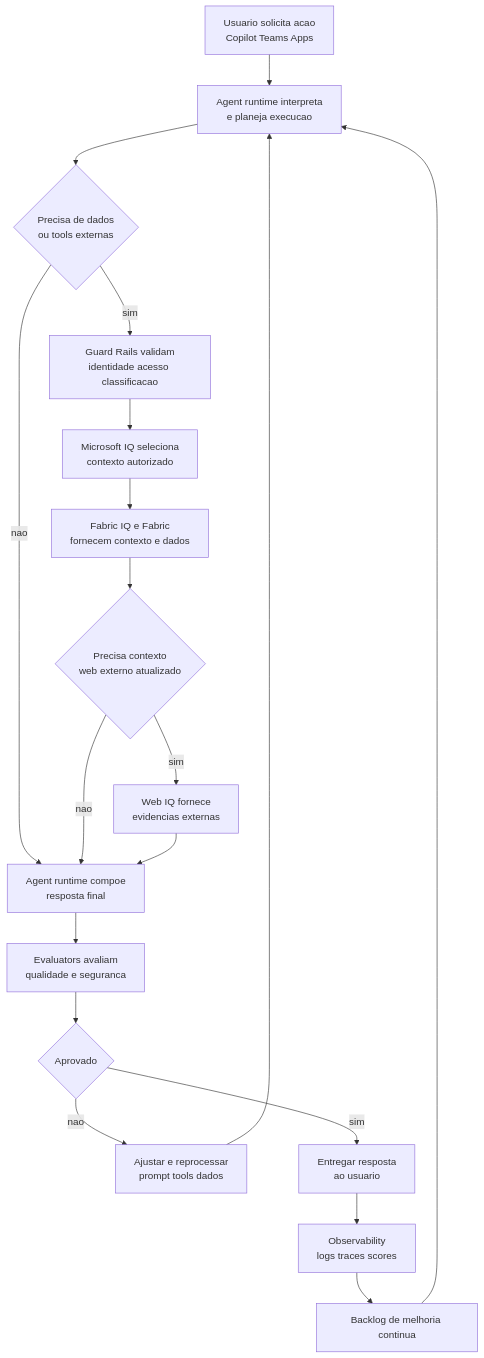
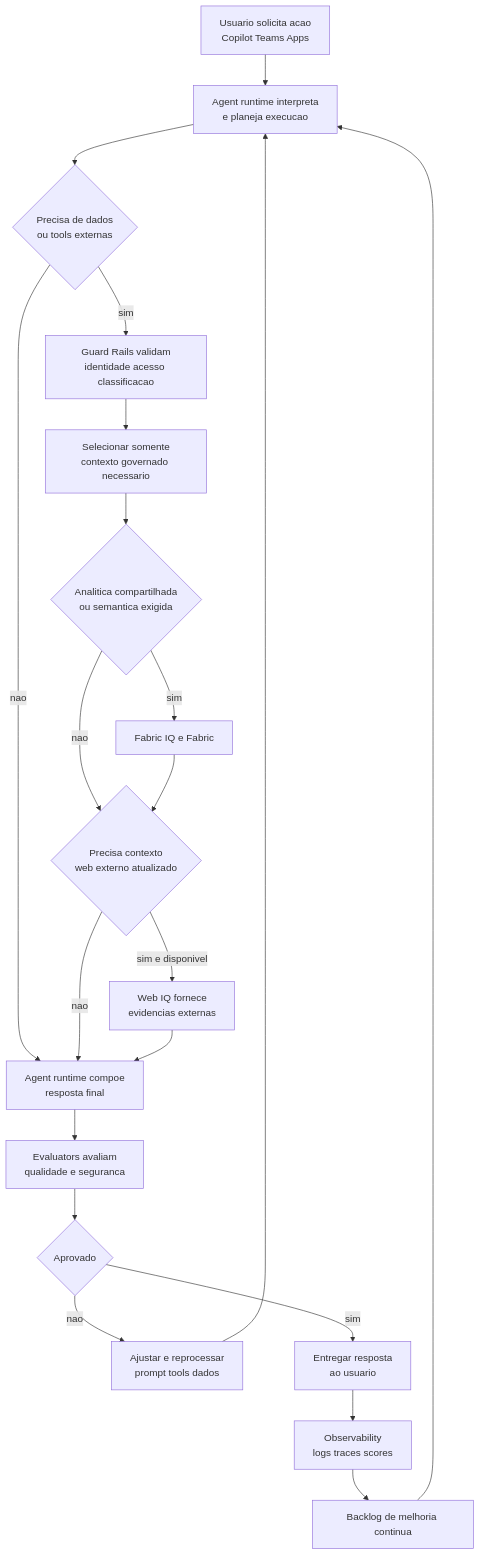
The diagram in chapters/10-operating-model.md (fabioharams/hubsp-ai-skill), drawn with Mermaid before and after one commit. The commit also changed other lines of this file and 31 other files, not shown here.

````diff
--- a/chapters/10-operating-model.md
+++ b/chapters/10-operating-model.md
@@ -37,24 +37,26 @@
 ```mermaid
 flowchart TD
     A[Usuario solicita acao\nCopilot Teams Apps] --> B[Agent runtime interpreta\ne planeja execucao]
     B --> C{Precisa de dados\nou tools externas}
 
     C -->|nao| F[Gerar resposta direta]
     C -->|sim| D[Guard Rails validam\nidentidade acesso classificacao]
-    D --> Q[Microsoft IQ seleciona\ncontexto autorizado]
-    Q --> E[Fabric IQ e Fabric\nfornecem contexto e dados]
-    E --> W{Precisa contexto\nweb externo atualizado}
+    D --> Q[Selecionar somente\ncontexto governado necessario]
+    Q --> E{Analitica compartilhada\nou semantica exigida}
+    E -->|sim| P[Fabric IQ e Fabric]
+    E -->|nao| W{Precisa contexto\nweb externo atualizado}
+    P --> W
     W -->|nao| F[Agent runtime compoe\nresposta final]
-    W -->|sim| X[Web IQ fornece\nevidencias externas]
+    W -->|sim e disponivel| X[Web IQ fornece\nevidencias externas]
     X --> F
 
     F --> G[Evaluators avaliam\nqualidade e seguranca]
     G --> H{Aprovado}
     H -->|nao| I[Ajustar e reprocessar\nprompt tools dados]
     I --> B
     H -->|sim| J[Entregar resposta\nao usuario]
 
     J --> K[Observability\nlogs traces scores]
     K --> L[Backlog de melhoria continua]
     L --> B
 ```
````
